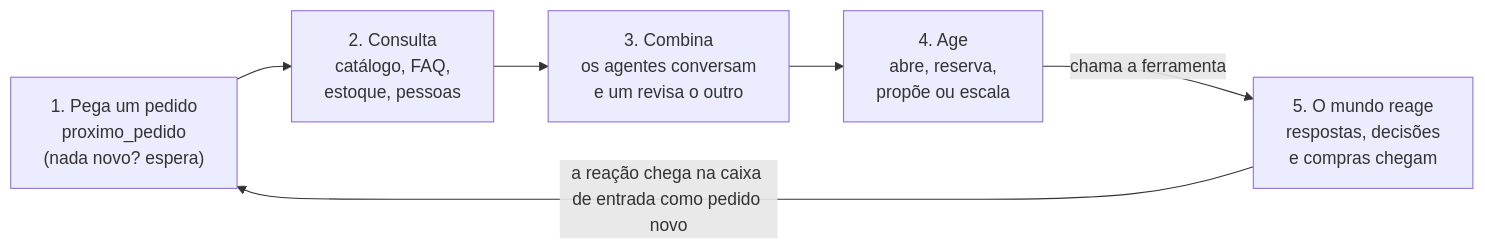
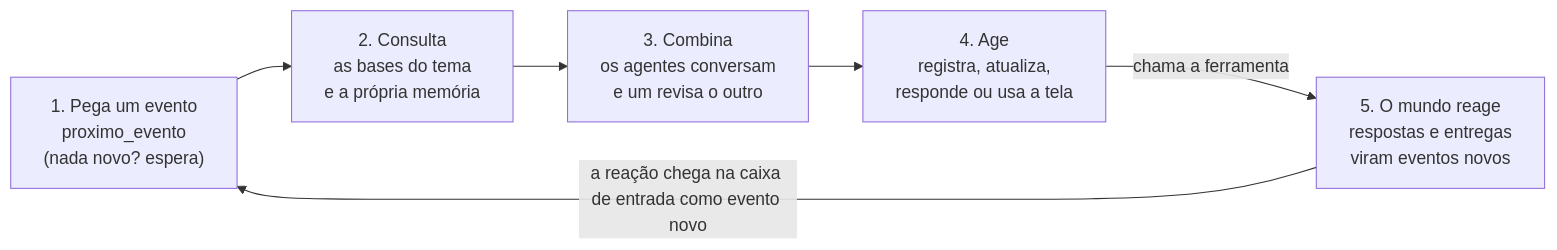
The diagram in Hackathon - UNIFEI 2026/Servidor MCP (Compartilhado)/README.md (tech4humans-brasil/t4h-desafios), drawn with Mermaid before and after one commit. The commit also changed other lines of this file and 13 other files, not shown here.

````diff
--- a/Hackathon - UNIFEI 2026/Servidor MCP (Compartilhado)/README.md
+++ b/Hackathon - UNIFEI 2026/Servidor MCP (Compartilhado)/README.md
@@ -15,8 +38,8 @@
 ```mermaid
 flowchart LR
-  P1["1. Pega um pedido<br/>proximo_pedido<br/>(nada novo? espera)"] --> P2["2. Consulta<br/>catálogo, FAQ,<br/>estoque, pessoas"]
+  P1["1. Pega um evento<br/>proximo_evento<br/>(nada novo? espera)"] --> P2["2. Consulta<br/>as bases do tema<br/>e a própria memória"]
   P2 --> P3["3. Combina<br/>os agentes conversam<br/>e um revisa o outro"]
-  P3 --> P4["4. Age<br/>abre, reserva,<br/>propõe ou escala"]
-  P4 -- chama a ferramenta --> P5["5. O mundo reage<br/>respostas, decisões<br/>e compras chegam"]
-  P5 -- a reação chega na caixa de entrada como pedido novo --> P1
+  P3 --> P4["4. Age<br/>registra, atualiza,<br/>responde ou usa a tela"]
+  P4 -- chama a ferramenta --> P5["5. O mundo reage<br/>respostas e entregas<br/>viram eventos novos"]
+  P5 -- a reação chega na caixa de entrada como evento novo --> P1
 ```
````
